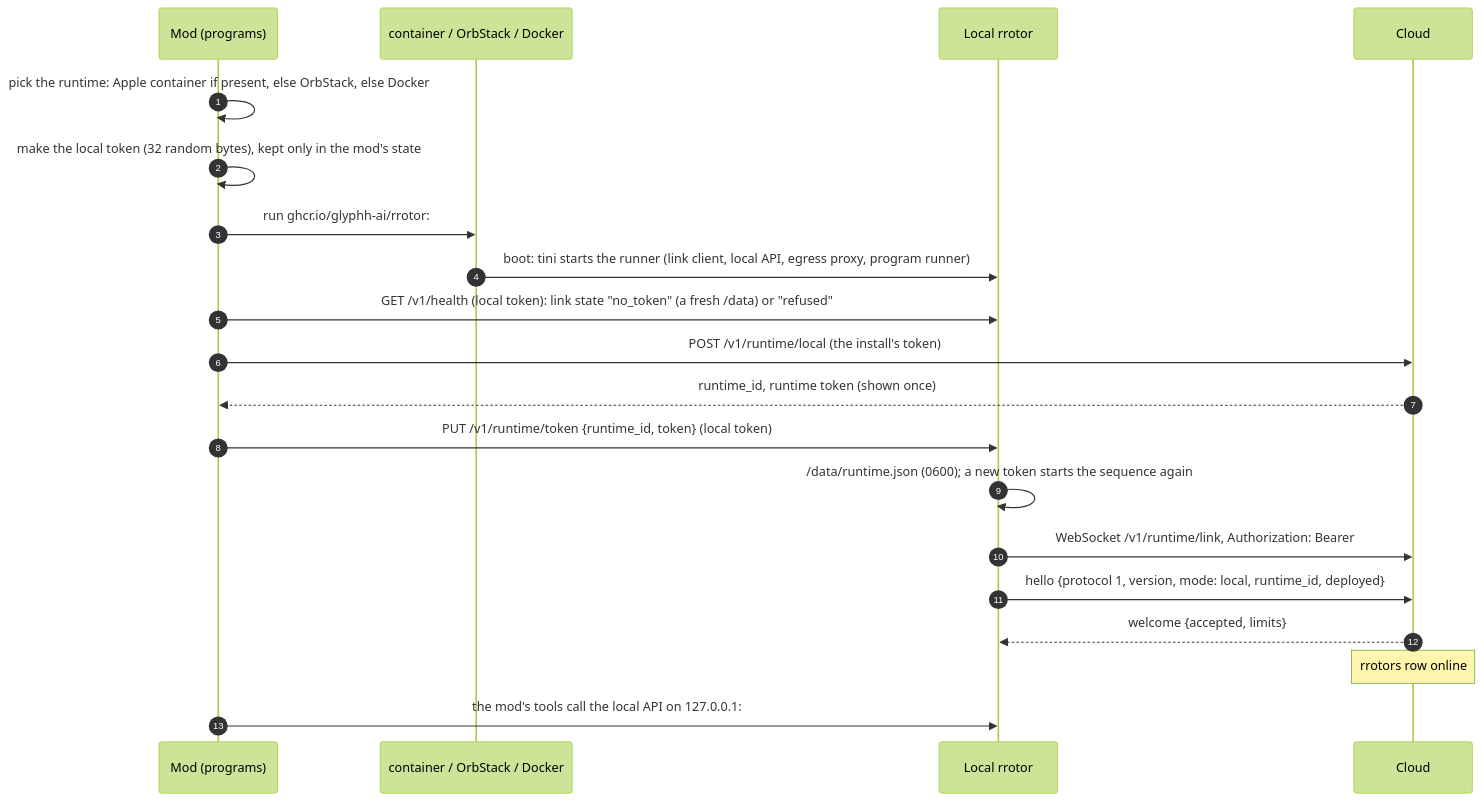
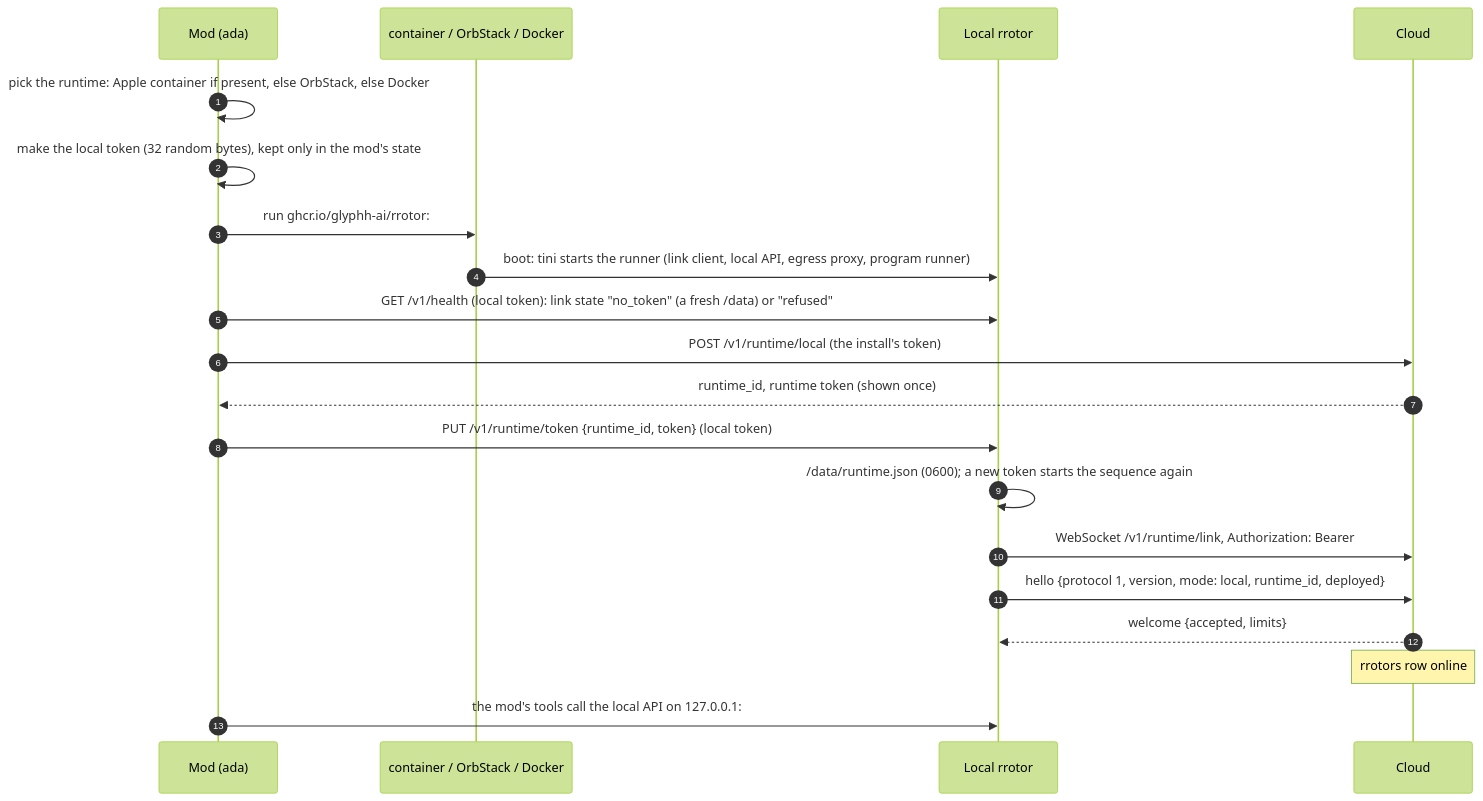
The second of 13 diagrams in docs/architecture.md (glyphh-ai/rrotor), drawn with Mermaid (forest theme) before and after one commit. The commit also changed other lines of this file and 13 other files, not shown here.

First line of the commit message:
Programs and Gateway go; rrotor is Ada's runtime

````diff
--- a/docs/architecture.md
+++ b/docs/architecture.md
@@ -91,22 +90,22 @@
 ```mermaid
 sequenceDiagram
     autonumber
-    participant M as Mod (programs)
+    participant M as Mod (ada)
     participant D as container / OrbStack / Docker
     participant R as Local rrotor
     participant G as Cloud
     M->>M: pick the runtime: Apple container if present, else OrbStack, else Docker
     M->>M: make the local token (32 random bytes), kept only in the mod's state
     M->>D: run ghcr.io/glyphh-ai/rrotor:#lt#59;version#gt#59;, volume rrotor-data on /data, port 127.0.0.1:#lt#59;port#gt#59;, the local token's SHA-256
     D->>R: boot: tini starts the runner (link client, local API, egress proxy, program runner)
     M->>R: GET /v1/health (local token): link state "no_token" (a fresh /data) or "refused"
     M->>G: POST /v1/runtime/local (the install's token)
     G-->>M: runtime_id, runtime token (shown once)
     M->>R: PUT /v1/runtime/token {runtime_id, token} (local token)
     R->>R: /data/runtime.json (0600)#59; a new token starts the sequence again
     R->>G: WebSocket /v1/runtime/link, Authorization: Bearer #lt#59;runtime token#gt#59;
     R->>G: hello {protocol 1, version, mode: local, runtime_id, deployed}
     G-->>R: welcome {accepted, limits}
     Note over G: rrotors row online
     M->>R: the mod's tools call the local API on 127.0.0.1:#lt#59;port#gt#59; (Bearer local token)
 ```
````
